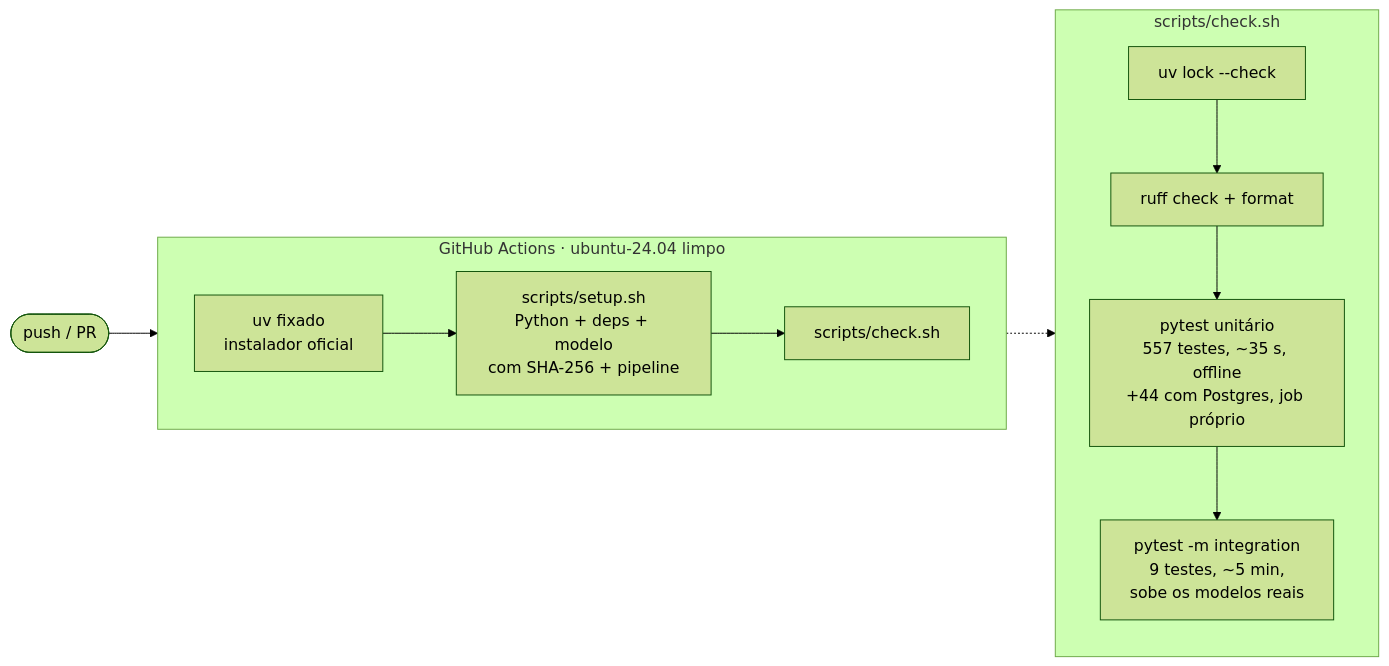
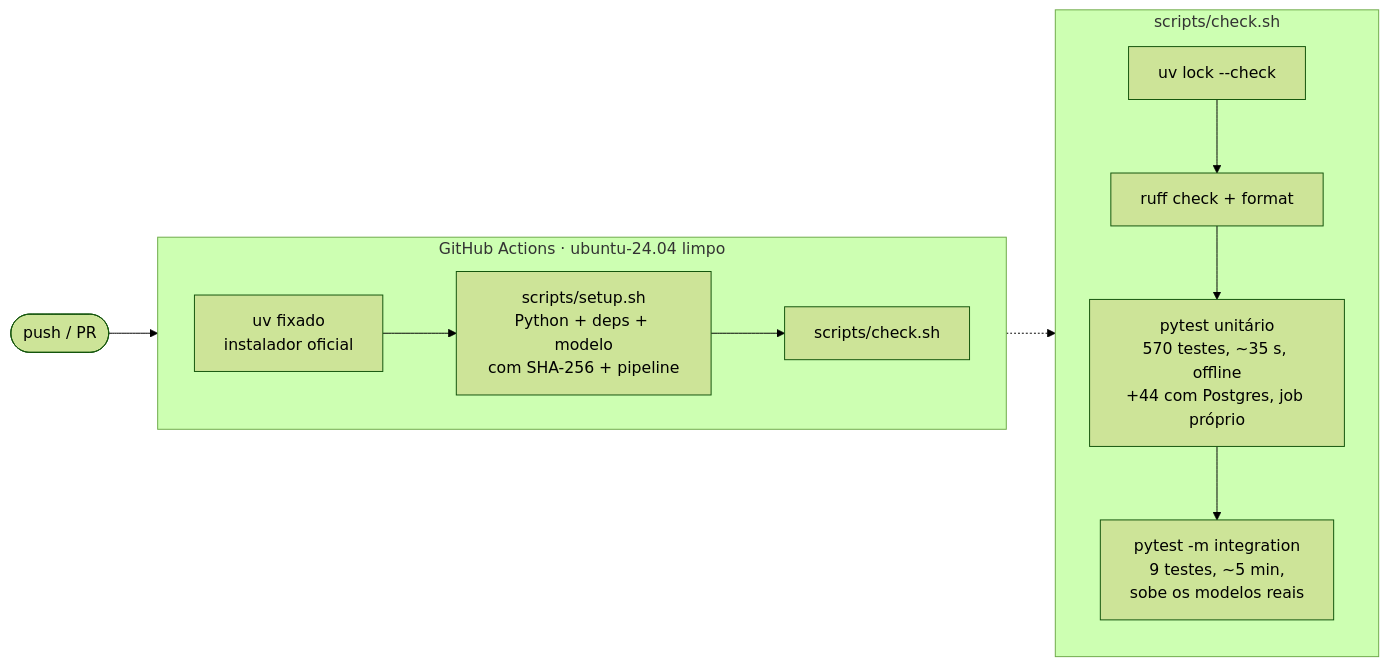
One commit to RonildoSilva/ai-engineer-challenge changed the sixth of 21 diagrams in README.md. Above: the diagram before and after it, drawn with Mermaid (forest theme). The commit also changed other lines of this file and 27 other files, not shown here.

````diff
--- a/README.md
+++ b/README.md
@@ -265,15 +268,15 @@
 ```mermaid
 flowchart LR
     P([push / PR]) --> CI
     subgraph CI[GitHub Actions · ubuntu-24.04 limpo]
         direction LR
         U[uv fixado<br/>instalador oficial] --> S[scripts/setup.sh<br/>Python + deps + modelo<br/>com SHA-256 + pipeline] --> K[scripts/check.sh]
     end
     subgraph K2[scripts/check.sh]
         direction TB
         L1[uv lock --check] --> L2[ruff check + format]
-        L2 --> L3[pytest unitário<br/>557 testes, ~35 s, offline<br/>+44 com Postgres, job próprio]
+        L2 --> L3[pytest unitário<br/>570 testes, ~35 s, offline<br/>+44 com Postgres, job próprio]
         L3 --> L4[pytest -m integration<br/>9 testes, ~5 min,<br/>sobe os modelos reais]
     end
     K -.-> K2
 ```
````
